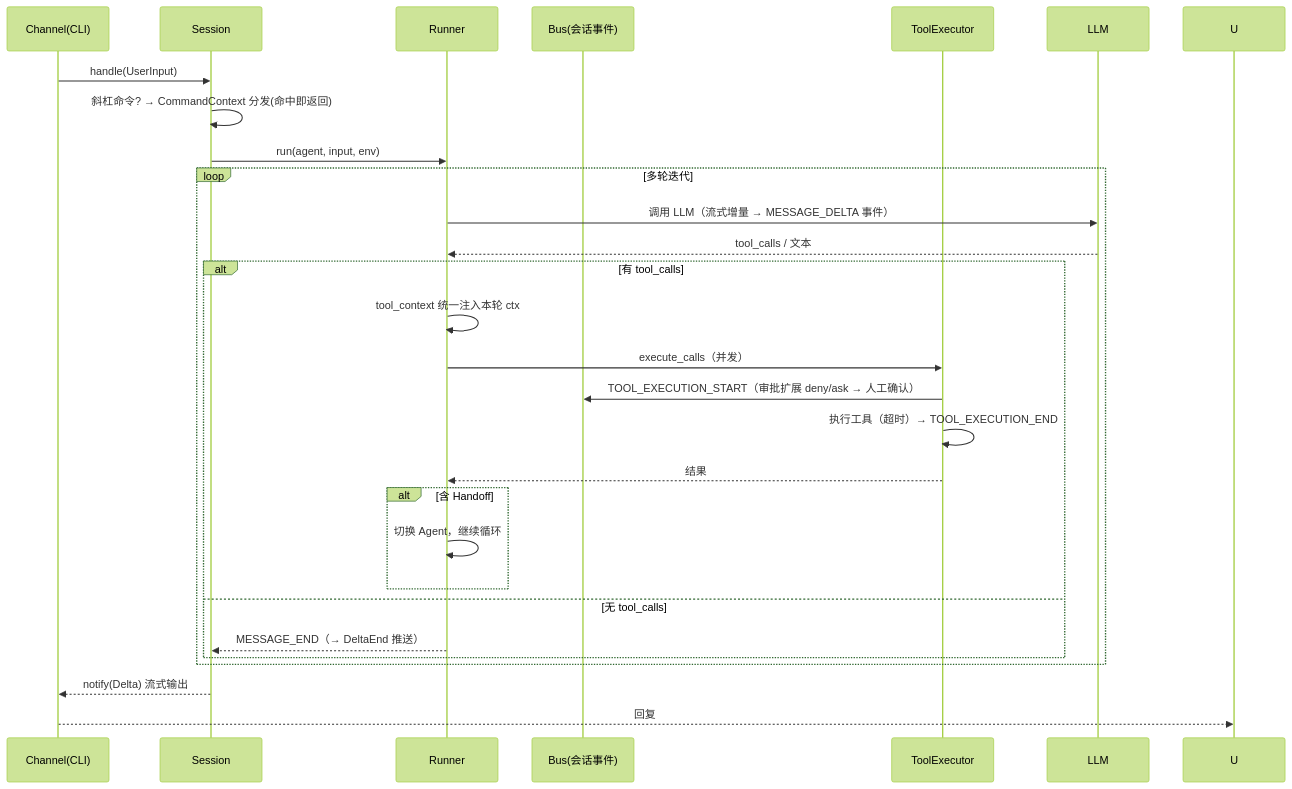
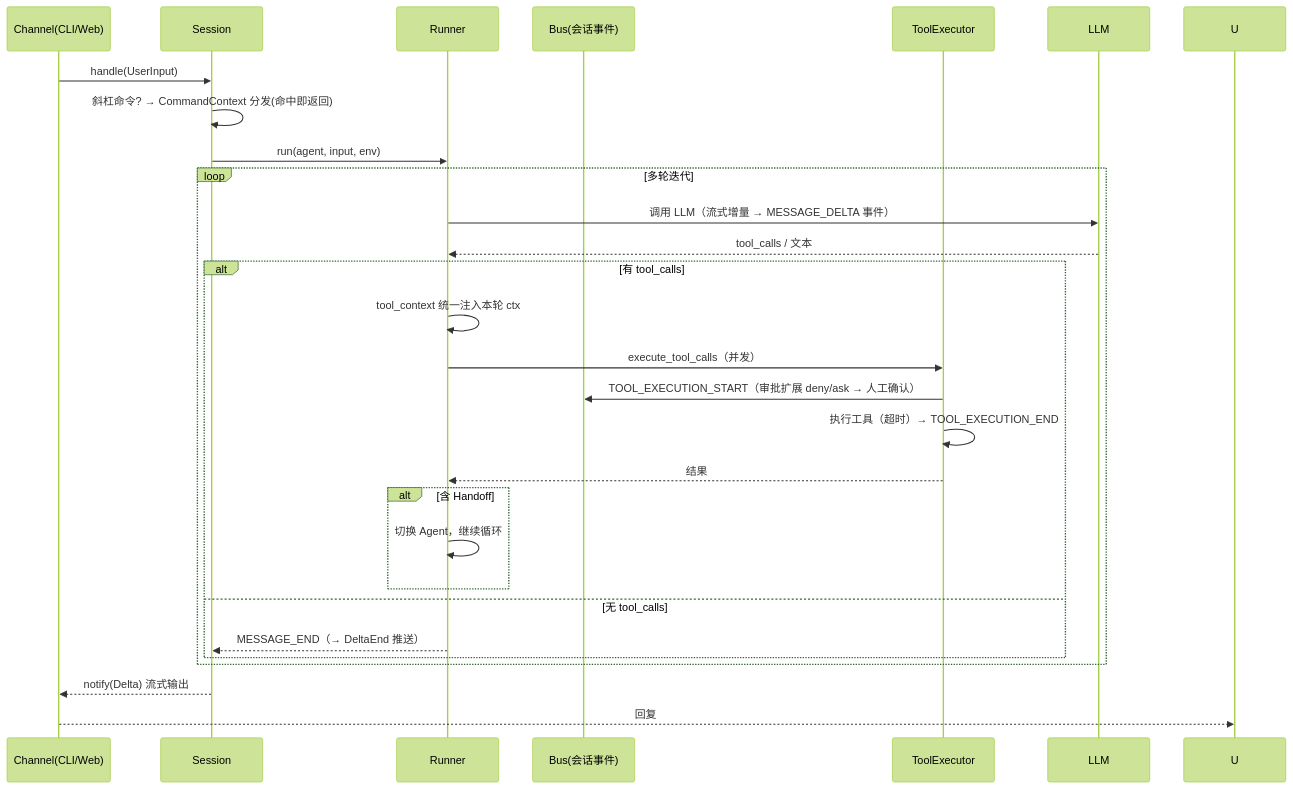
One commit to yishenzhu/walle changed the second of 2 diagrams in README.md. Above: the diagram before and after it, drawn with Mermaid (forest theme). The commit also changed other lines of this file and 68 other files, not shown here.

````diff
--- a/README.md
+++ b/README.md
@@ -69,31 +69,31 @@
 ```mermaid
 sequenceDiagram
-    participant C as Channel(CLI)
+    participant C as Channel(CLI/Web)
     participant S as Session
     participant R as Runner
     participant B as Bus(会话事件)
     participant E as ToolExecutor
     participant M as LLM
 
     C->>S: handle(UserInput)
     S->>S: 斜杠命令? → CommandContext 分发(命中即返回)
     S->>R: run(agent, input, env)
     loop 多轮迭代
         R->>M: 调用 LLM（流式增量 → MESSAGE_DELTA 事件）
         M-->>R: tool_calls / 文本
         alt 有 tool_calls
             R->>R: tool_context 统一注入本轮 ctx
-            R->>E: execute_calls（并发）
+            R->>E: execute_tool_calls（并发）
             E->>B: TOOL_EXECUTION_START（审批扩展 deny/ask → 人工确认）
             E->>E: 执行工具（超时）→ TOOL_EXECUTION_END
             E-->>R: 结果
             alt 含 Handoff
                 R->>R: 切换 Agent，继续循环
             end
         else 无 tool_calls
             R-->>S: MESSAGE_END（→ DeltaEnd 推送）
         end
     end
     S-->>C: notify(Delta) 流式输出
     C-->>U: 回复
 ```
````
